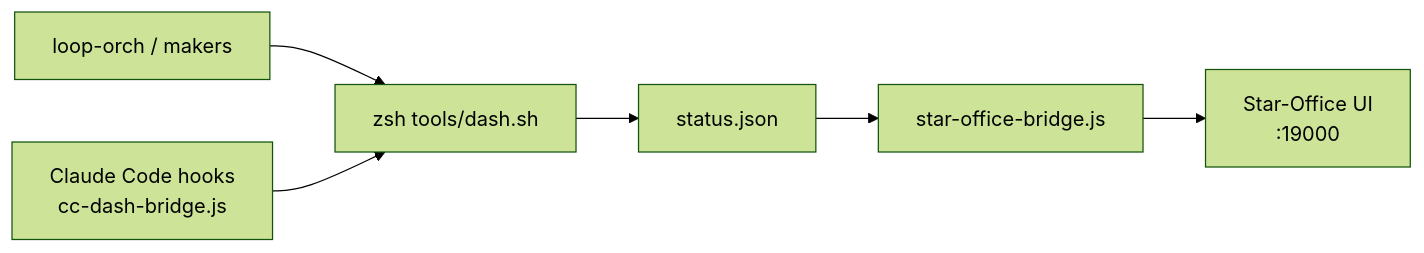
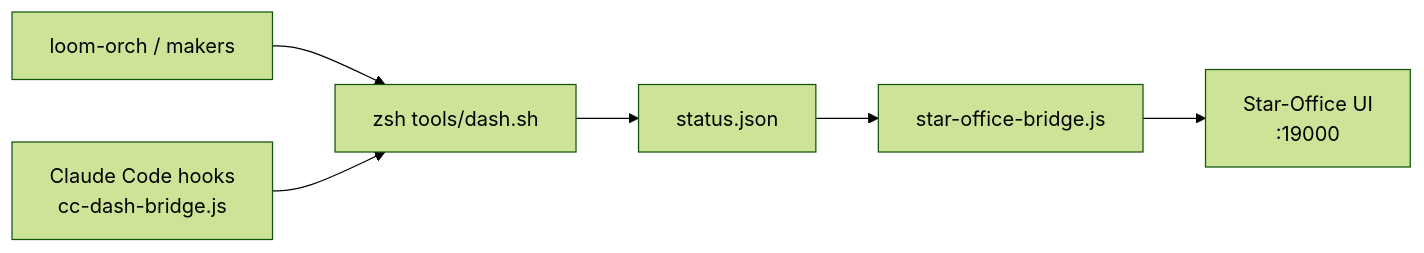
Before and after one commit to sukritnak/loom: the third of 3 diagrams in README.md, drawn with Mermaid (forest theme). The commit also changed other lines of this file and 73 other files, not shown here.

````diff
--- a/README.md
+++ b/README.md
@@ -177,15 +177,15 @@
 ```mermaid
 flowchart LR
-  orch["loop-orch / makers"]
+  orch["loom-orch / makers"]
   cli["zsh tools/dash.sh"]
   hook["Claude Code hooks<br/>cc-dash-bridge.js"]
   json["status.json"]
   bridge["star-office-bridge.js"]
   ui["Star-Office UI<br/>:19000"]
 
   orch --> cli
   hook --> cli
   cli --> json
   json --> bridge
   bridge --> ui
 ```
````
